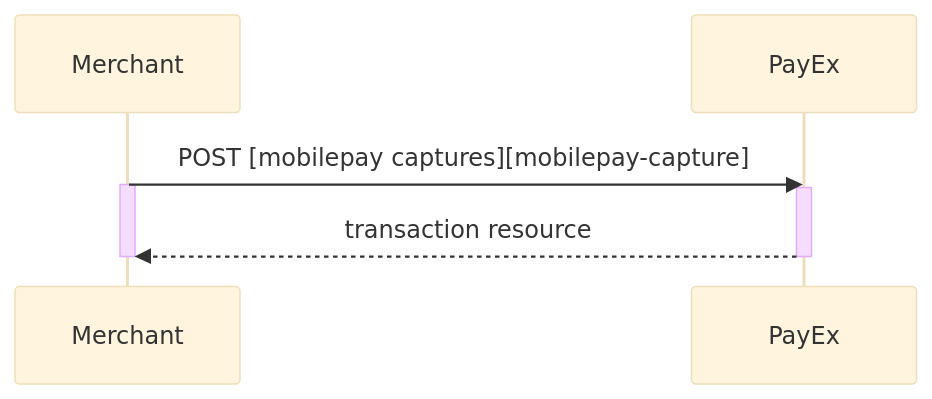
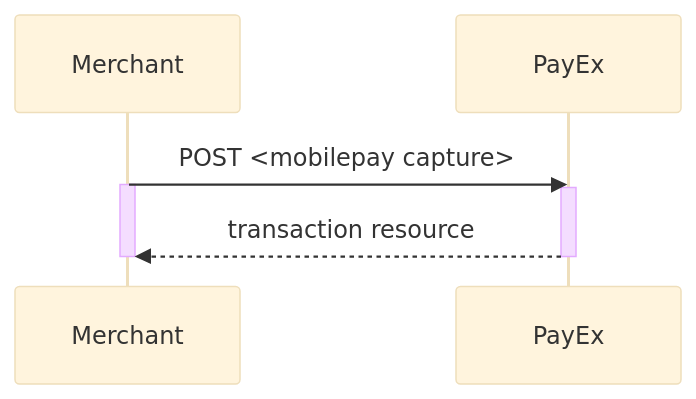
The first of 3 diagrams in payments/mobile-pay/after-payment.md (SwedbankPay/developer.swedbankpay.com), drawn with Mermaid (base theme) before and after one commit. The commit also changed other lines of this file and 1 other file, not shown here.

Commit message:
DX-259 Update mobile pay with working links

````diff
--- a/payments/mobile-pay/after-payment.md
+++ b/payments/mobile-pay/after-payment.md
@@ -176,9 +176,9 @@
 ```mermaid
 sequenceDiagram
-  Merchant->>PayEx: POST [mobilepay captures][mobilepay-capture]
+  Merchant->>PayEx: POST <mobilepay capture>
   Activate Merchant
   Activate PayEx
   PayEx-->>Merchant: transaction resource
   Deactivate PayEx
   Deactivate Merchant
 ```
````
